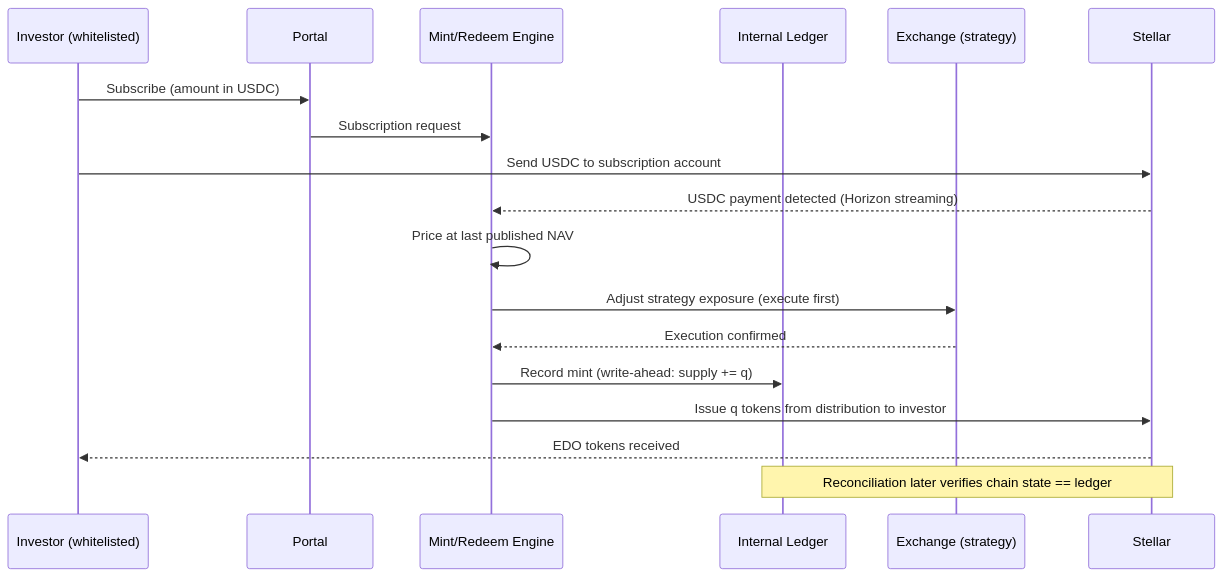
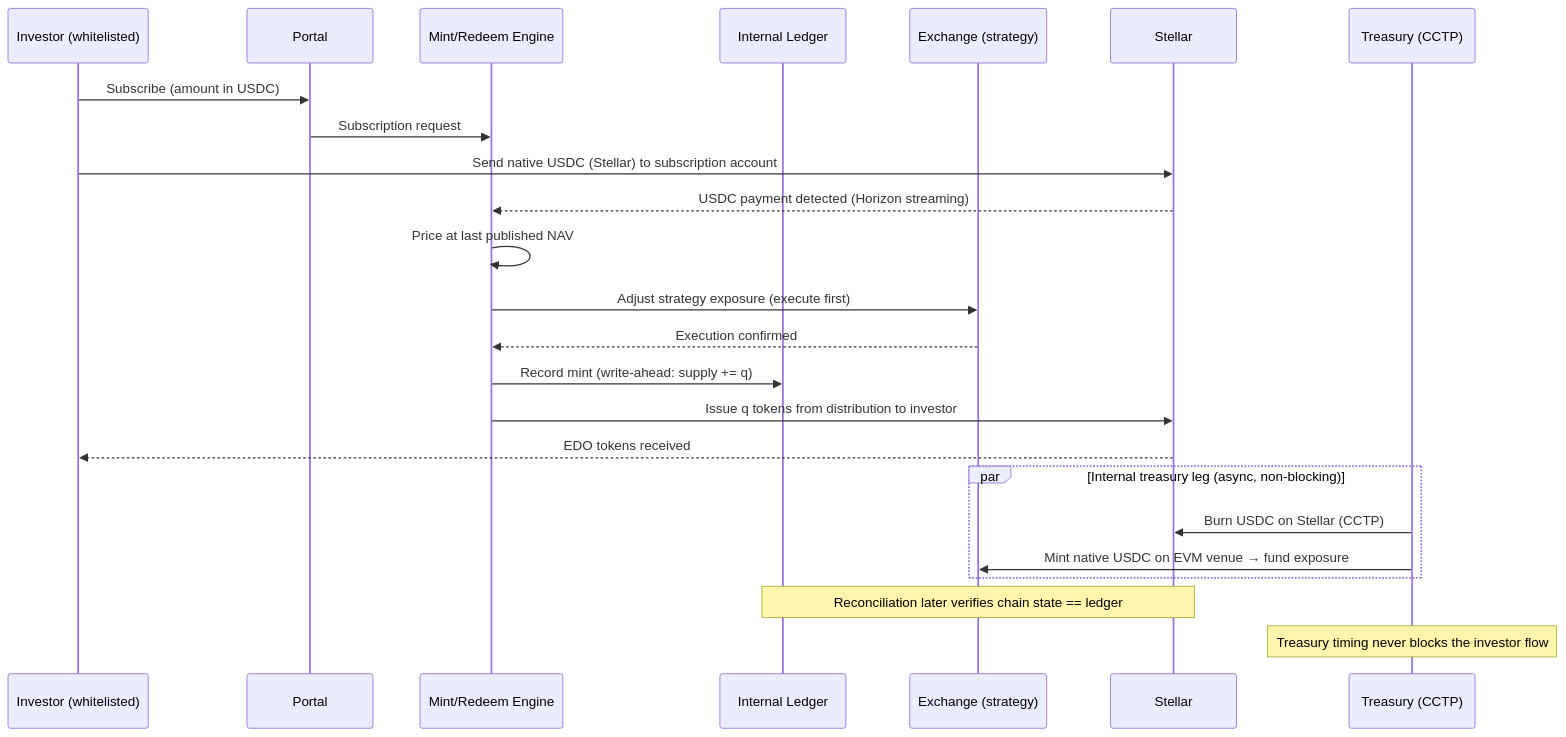
One commit to trakx/stellar-strategy-rails changed the third of 5 diagrams in docs/ARCHITECTURE.md. Above: the diagram before and after it, drawn with Mermaid. The commit also changed other lines of this file, not shown here.

First line of the commit message:
Enhance architecture documentation with treasury and NAV details

````diff
--- a/docs/ARCHITECTURE.md
+++ b/docs/ARCHITECTURE.md
@@ -90,21 +94,28 @@
 ```mermaid
 sequenceDiagram
     participant I as Investor (whitelisted)
     participant P as Portal
     participant M as Mint/Redeem Engine
     participant L as Internal Ledger
     participant E as Exchange (strategy)
     participant S as Stellar
 
+    participant T as Treasury (CCTP)
+
     I->>P: Subscribe (amount in USDC)
     P->>M: Subscription request
-    I->>S: Send USDC to subscription account
+    I->>S: Send native USDC (Stellar) to subscription account
     S-->>M: USDC payment detected (Horizon streaming)
     M->>M: Price at last published NAV
     M->>E: Adjust strategy exposure (execute first)
     E-->>M: Execution confirmed
     M->>L: Record mint (write-ahead: supply += q)
     M->>S: Issue q tokens from distribution to investor
     S-->>I: EDO tokens received
+    par Internal treasury leg (async, non-blocking)
+        T->>S: Burn USDC on Stellar (CCTP)
+        T->>E: Mint native USDC on EVM venue → fund exposure
+    end
     Note over L,S: Reconciliation later verifies chain state == ledger
+    Note over T: Treasury timing never blocks the investor flow
 ```
````
